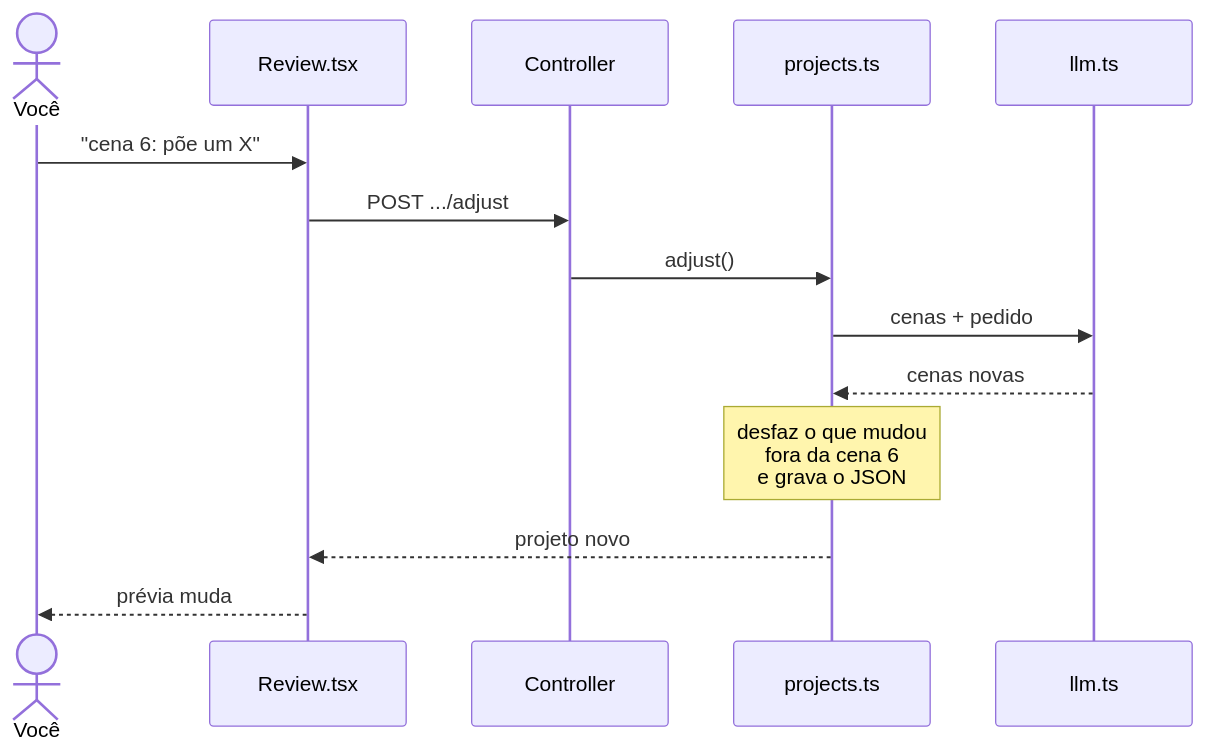
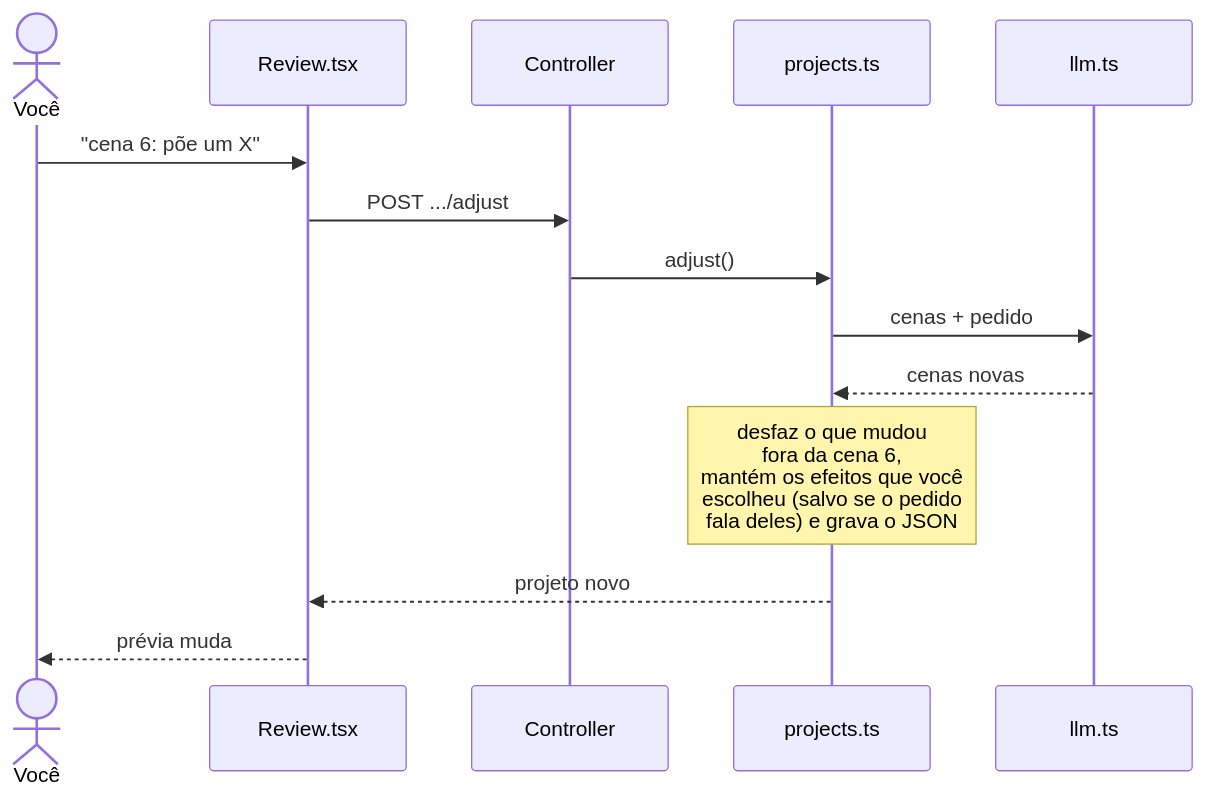
The diagram in docs/diagramas/06-pedido-de-ajuste.mmd (Edugiyuu/InstaSearch), drawn with Mermaid before and after one commit. The commit also changed 24 other files, not shown here.

First line of the commit message:
feat: efeitos da cena à vista na Revisão, com o chat secundário (ADR 0037)

```diff
--- a/docs/diagramas/06-pedido-de-ajuste.mmd
+++ b/docs/diagramas/06-pedido-de-ajuste.mmd
@@ -1,15 +1,15 @@
 sequenceDiagram
     actor U as Você
     participant PG as Review.tsx
     participant CT as Controller
     participant SV as projects.ts
     participant IA as llm.ts
 
     U->>PG: "cena 6: põe um X"
     PG->>CT: POST .../adjust
     CT->>SV: adjust()
     SV->>IA: cenas + pedido
     IA-->>SV: cenas novas
-    Note over SV: desfaz o que mudou<br/>fora da cena 6<br/>e grava o JSON
+    Note over SV: desfaz o que mudou<br/>fora da cena 6,<br/>mantém os efeitos que você<br/>escolheu (salvo se o pedido<br/>fala deles) e grava o JSON
     SV-->>PG: projeto novo
     PG-->>U: prévia muda
```
